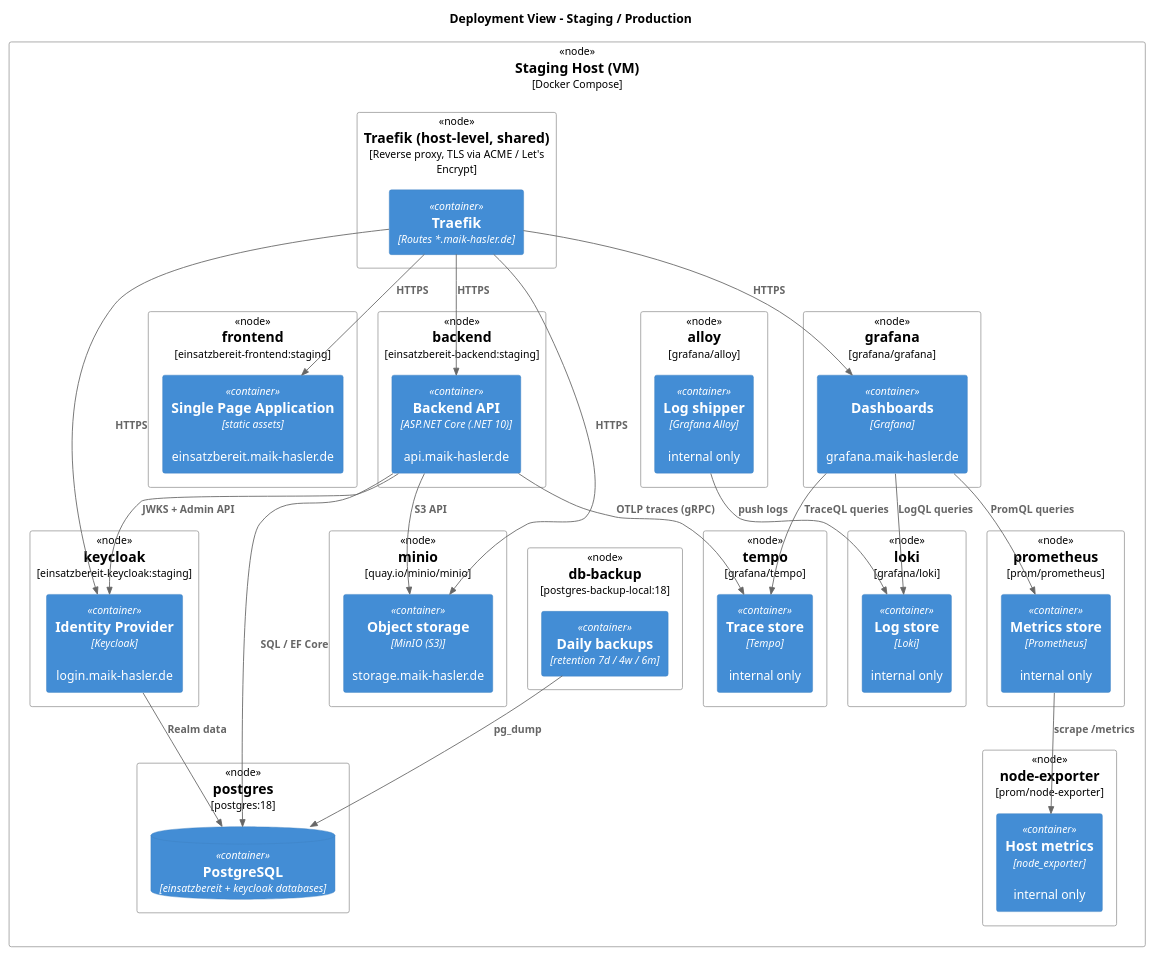
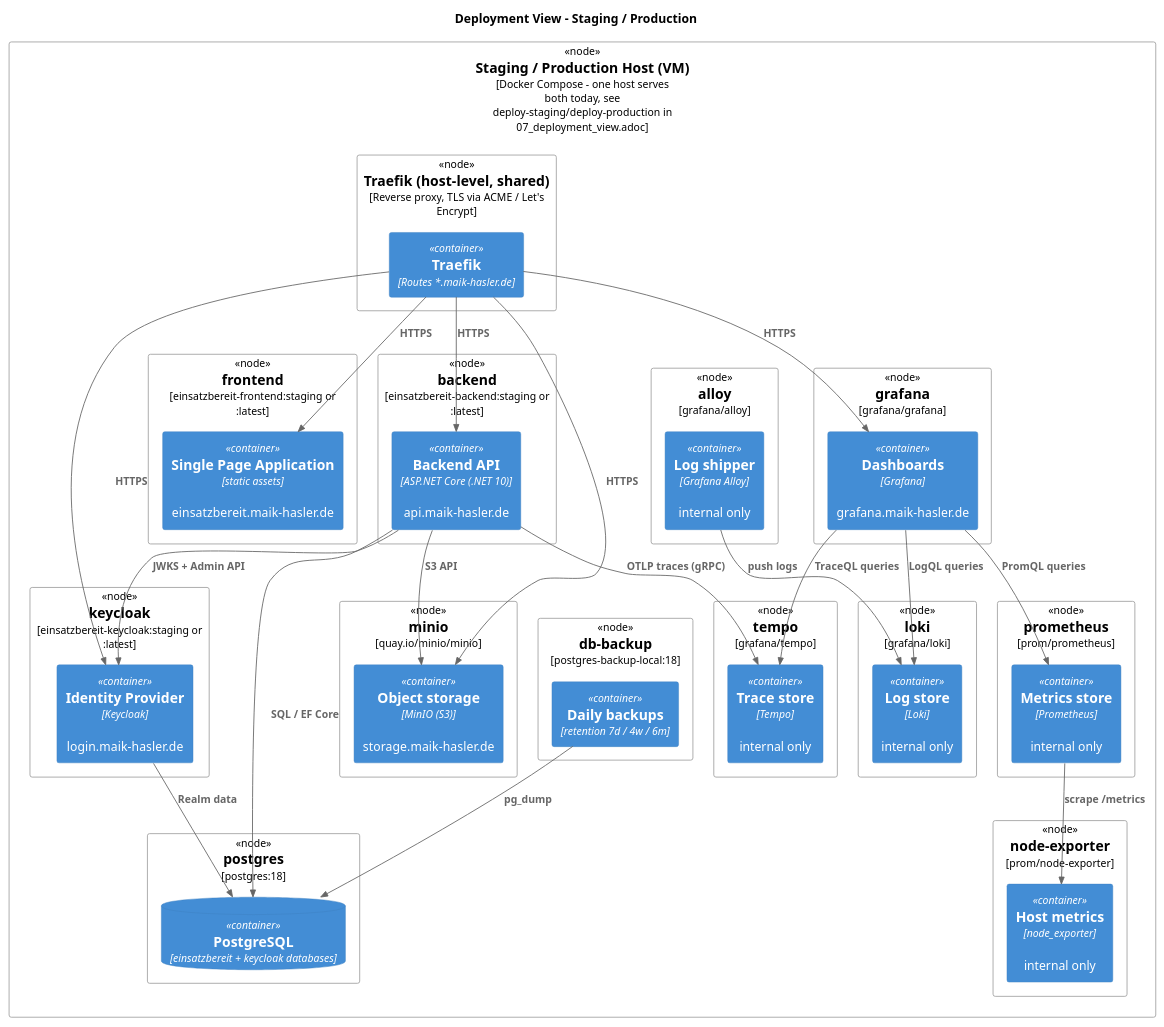
The diagram in docs/Architecture/images/deployment-staging.puml (maik-hasler/einsatzbereit), drawn with PlantUML before and after one commit. The commit also changed 6 other files, not shown here.

First line of the commit message:
fix: deploy stable release tags to production, not just RC to staging (#1611)

```diff
--- a/docs/Architecture/images/deployment-staging.puml
+++ b/docs/Architecture/images/deployment-staging.puml
@@ -1,79 +1,79 @@
 @startuml Staging Deployment
 
 !include <C4/C4_Deployment>
 
 title Deployment View - Staging / Production
 
-Deployment_Node(host, "Staging Host (VM)", "Docker Compose") {
+Deployment_Node(host, "Staging / Production Host (VM)", "Docker Compose - one host serves both today, see deploy-staging/deploy-production in 07_deployment_view.adoc") {
 
 	Deployment_Node(traefik_node, "Traefik (host-level, shared)", "Reverse proxy, TLS via ACME / Let's Encrypt") {
 		Container(traefik, "Traefik", "Routes *.maik-hasler.de")
 	}
 
-	Deployment_Node(fe_node, "frontend", "einsatzbereit-frontend:staging") {
+	Deployment_Node(fe_node, "frontend", "einsatzbereit-frontend:staging or :latest") {
 		Container(fe, "Single Page Application", "static assets", "einsatzbereit.maik-hasler.de")
 	}
 
-	Deployment_Node(be_node, "backend", "einsatzbereit-backend:staging") {
+	Deployment_Node(be_node, "backend", "einsatzbereit-backend:staging or :latest") {
 		Container(be, "Backend API", "ASP.NET Core (.NET 10)", "api.maik-hasler.de")
 	}
 
-	Deployment_Node(kc_node, "keycloak", "einsatzbereit-keycloak:staging") {
+	Deployment_Node(kc_node, "keycloak", "einsatzbereit-keycloak:staging or :latest") {
 		Container(kc, "Identity Provider", "Keycloak", "login.maik-hasler.de")
 	}
 
 	Deployment_Node(mo_node, "minio", "quay.io/minio/minio") {
 		Container(mo, "Object storage", "MinIO (S3)", "storage.maik-hasler.de")
 	}
 
 	Deployment_Node(pg_node, "postgres", "postgres:18") {
 		ContainerDb(pg, "PostgreSQL", "einsatzbereit + keycloak databases")
 	}
 
 	Deployment_Node(bk_node, "db-backup", "postgres-backup-local:18") {
 		Container(bk, "Daily backups", "retention 7d / 4w / 6m")
 	}
 
 	Deployment_Node(gf_node, "grafana", "grafana/grafana") {
 		Container(gf, "Dashboards", "Grafana", "grafana.maik-hasler.de")
 	}
 
 	Deployment_Node(pr_node, "prometheus", "prom/prometheus") {
 		Container(pr, "Metrics store", "Prometheus", "internal only")
 	}
 
 	Deployment_Node(ne_node, "node-exporter", "prom/node-exporter") {
 		Container(ne, "Host metrics", "node_exporter", "internal only")
 	}
 
 	Deployment_Node(lo_node, "loki", "grafana/loki") {
 		Container(lo, "Log store", "Loki", "internal only")
 	}
 
 	Deployment_Node(al_node, "alloy", "grafana/alloy") {
 		Container(al, "Log shipper", "Grafana Alloy", "internal only")
 	}
 
 	Deployment_Node(tm_node, "tempo", "grafana/tempo") {
 		Container(tm, "Trace store", "Tempo", "internal only")
 	}
 }
 
 Rel(traefik, fe, "HTTPS")
 Rel(traefik, be, "HTTPS")
 Rel(traefik, kc, "HTTPS")
 Rel(traefik, mo, "HTTPS")
 Rel(traefik, gf, "HTTPS")
 Rel(be, pg, "SQL / EF Core")
 Rel(be, kc, "JWKS + Admin API")
 Rel(be, mo, "S3 API")
 Rel(kc, pg, "Realm data")
 Rel(bk, pg, "pg_dump")
 Rel(gf, pr, "PromQL queries")
 Rel(gf, lo, "LogQL queries")
 Rel(gf, tm, "TraceQL queries")
 Rel(pr, ne, "scrape /metrics")
 Rel(al, lo, "push logs")
 Rel(be, tm, "OTLP traces (gRPC)")
 
 @enduml
```
